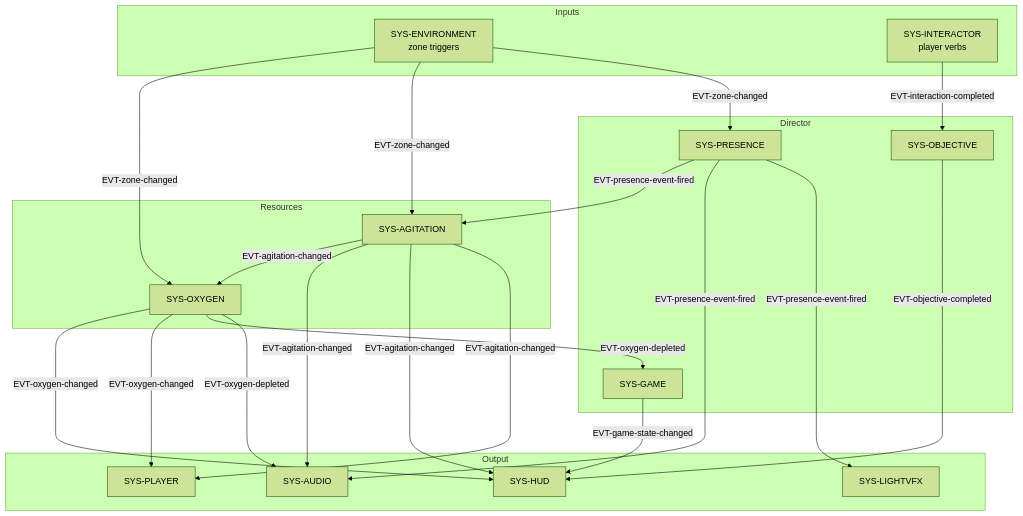
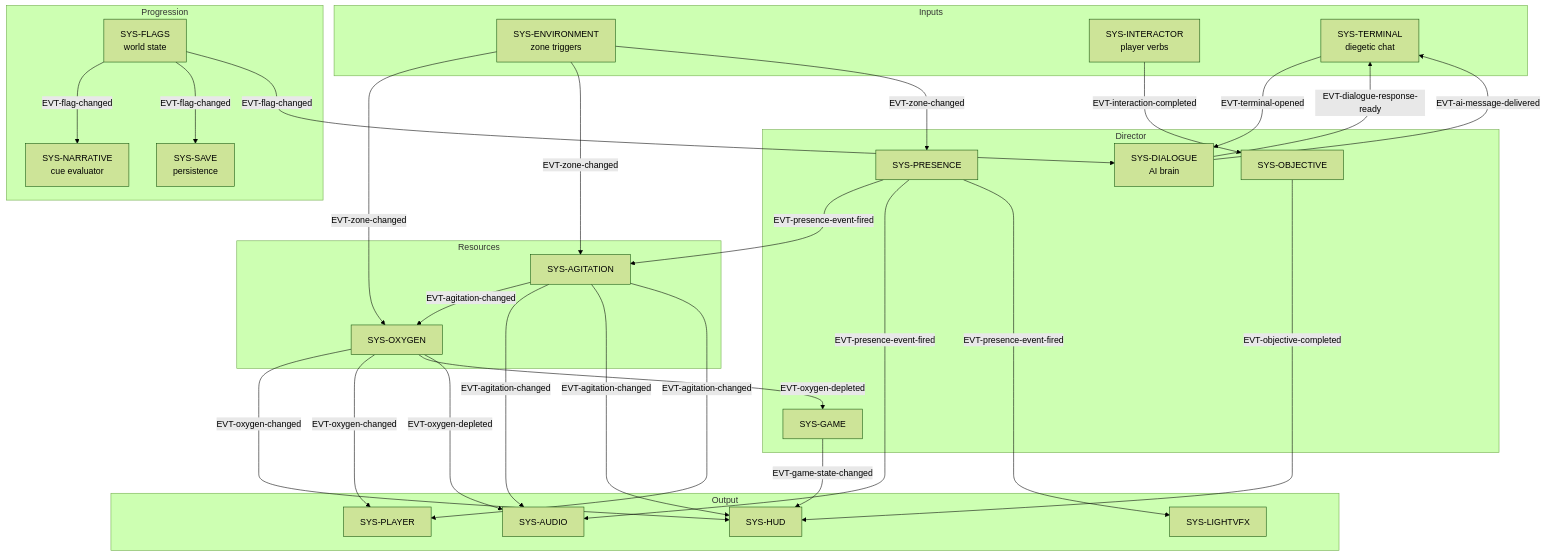
Before and after one commit to jicninja/LastBreath: the third of 10 diagrams in README.md, drawn with Mermaid (forest theme). The commit also changed other lines of this file and 90 other files, not shown here.

````diff
--- a/README.md
+++ b/README.md
@@ -59,43 +96,57 @@
 ```mermaid
 flowchart TB
     subgraph Inputs
         ENV[SYS-ENVIRONMENT<br/>zone triggers]
         INT[SYS-INTERACTOR<br/>player verbs]
+        TERM[SYS-TERMINAL<br/>diegetic chat]
     end
 
     subgraph Resources
         OXY[SYS-OXYGEN]
         AGI[SYS-AGITATION]
     end
 
     subgraph Director
         PRES[SYS-PRESENCE]
         OBJ[SYS-OBJECTIVE]
         GAME[SYS-GAME]
+        DLG[SYS-DIALOGUE<br/>AI brain]
+    end
+
+    subgraph Progression
+        FLAG[SYS-FLAGS<br/>world state]
+        NARR[SYS-NARRATIVE<br/>cue evaluator]
+        SAVE[SYS-SAVE<br/>persistence]
     end
 
     subgraph Output
         HUD[SYS-HUD]
         AUD[SYS-AUDIO]
         VFX[SYS-LIGHTVFX]
         PLR[SYS-PLAYER]
     end
 
     ENV -->|EVT-zone-changed| OXY
     ENV -->|EVT-zone-changed| AGI
     ENV -->|EVT-zone-changed| PRES
     PRES -->|EVT-presence-event-fired| AGI
     PRES -->|EVT-presence-event-fired| AUD
     PRES -->|EVT-presence-event-fired| VFX
     AGI -->|EVT-agitation-changed| OXY
     AGI -->|EVT-agitation-changed| AUD
     AGI -->|EVT-agitation-changed| HUD
     AGI -->|EVT-agitation-changed| PLR
     OXY -->|EVT-oxygen-changed| HUD
     OXY -->|EVT-oxygen-changed| PLR
     OXY -->|EVT-oxygen-depleted| GAME
     OXY -->|EVT-oxygen-depleted| AUD
     INT -->|EVT-interaction-completed| OBJ
     OBJ -->|EVT-objective-completed| HUD
     GAME -->|EVT-game-state-changed| HUD
+    FLAG -->|EVT-flag-changed| NARR
+    FLAG -->|EVT-flag-changed| SAVE
+    FLAG -->|EVT-flag-changed| DLG
+    TERM -->|EVT-terminal-opened| DLG
+    DLG -->|EVT-dialogue-response-ready| TERM
+    DLG -->|EVT-ai-message-delivered| TERM
 ```
````
